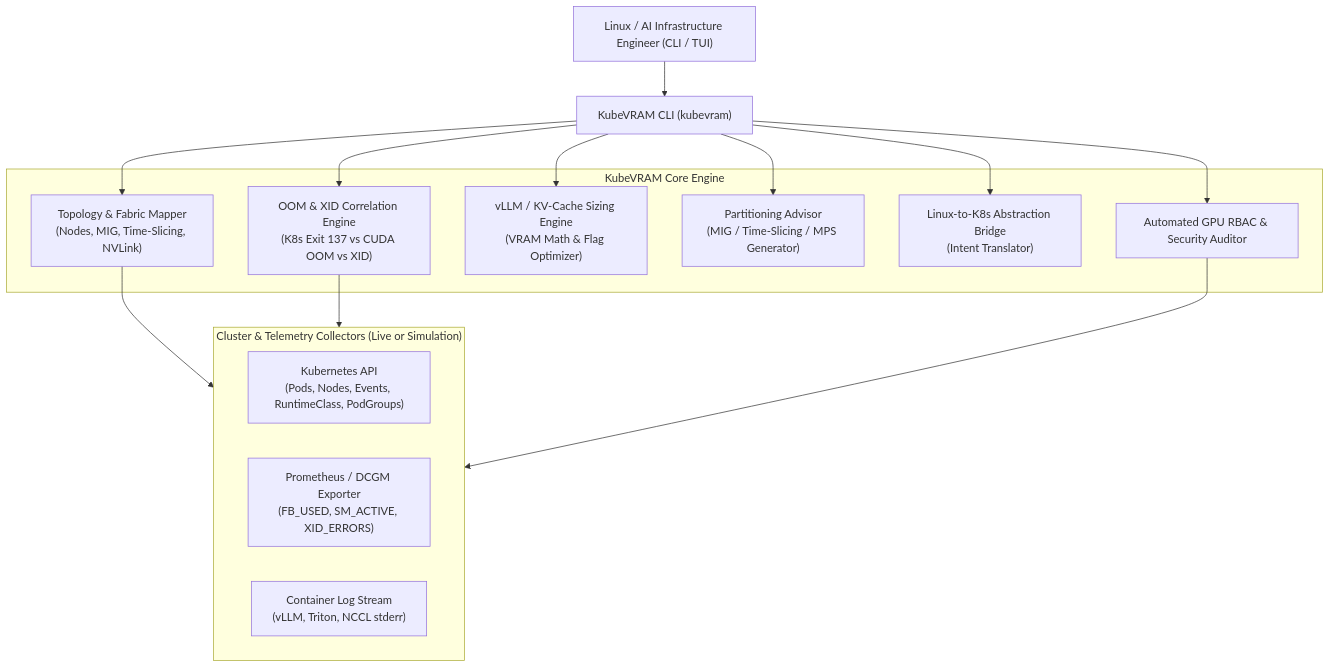
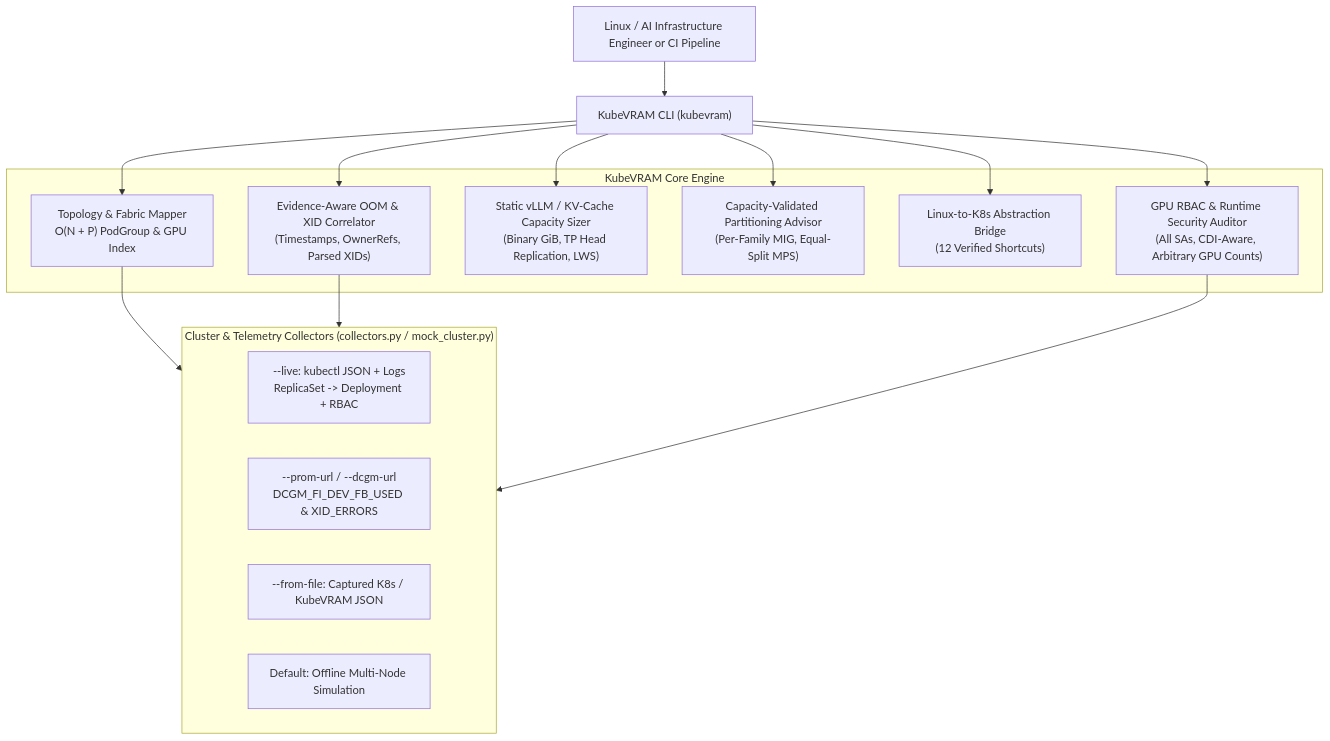
Before and after one commit to xsub/KubeVRAM: the diagram in docs/architecture.md, drawn with Mermaid. The commit also changed other lines of this file and 16 other files, not shown here.

First line of the commit message:
fix: harden sizing invariants, triage evidence, scaling, and live collectors

````diff
--- a/docs/architecture.md
+++ b/docs/architecture.md
@@ -26,30 +26,31 @@
 ```mermaid
 flowchart TB
-    User["Linux / AI Infrastructure Engineer (CLI / TUI)"] --> CLI["KubeVRAM CLI (kubevram)"]
+    User["Linux / AI Infrastructure Engineer or CI Pipeline"] --> CLI["KubeVRAM CLI (kubevram)"]
 
     subgraph Core["KubeVRAM Core Engine"]
-        Topo["Topology & Fabric Mapper\n(Nodes, MIG, Time-Slicing, NVLink)"]
-        Triage["OOM & XID Correlation Engine\n(K8s Exit 137 vs CUDA OOM vs XID)"]
-        Tuner["vLLM / KV-Cache Sizing Engine\n(VRAM Math & Flag Optimizer)"]
-        Part["Partitioning Advisor\n(MIG / Time-Slicing / MPS Generator)"]
-        Bridge["Linux-to-K8s Abstraction Bridge\n(Intent Translator)"]
-        RBAC["Automated GPU RBAC & Security Auditor"]
+        Topo["Topology & Fabric Mapper\nO(N + P) PodGroup & GPU Index"]
+        Triage["Evidence-Aware OOM & XID Correlator\n(Timestamps, OwnerRefs, Parsed XIDs)"]
+        Tuner["Static vLLM / KV-Cache Capacity Sizer\n(Binary GiB, TP Head Replication, LWS)"]
+        Part["Capacity-Validated Partitioning Advisor\n(Per-Family MIG, Equal-Split MPS)"]
+        Bridge["Linux-to-K8s Abstraction Bridge\n(12 Verified Shortcuts)"]
+        RBAC["GPU RBAC & Runtime Security Auditor\n(All SAs, CDI-Aware, Arbitrary GPU Counts)"]
     end
 
     CLI --> Topo
     CLI --> Triage
     CLI --> Tuner
     CLI --> Part
     CLI --> Bridge
     CLI --> RBAC
 
-    subgraph DataSources["Cluster & Telemetry Collectors (Live or Simulation)"]
-        K8sAPI["Kubernetes API\n(Pods, Nodes, Events, RuntimeClass, PodGroups)"]
-        DCGM["Prometheus / DCGM Exporter\n(FB_USED, SM_ACTIVE, XID_ERRORS)"]
-        Logs["Container Log Stream\n(vLLM, Triton, NCCL stderr)"]
+    subgraph DataSources["Cluster & Telemetry Collectors (collectors.py / mock_cluster.py)"]
+        Live["--live: kubectl JSON + Logs\nReplicaSet -> Deployment + RBAC"]
+        Prom["--prom-url / --dcgm-url\nDCGM_FI_DEV_FB_USED & XID_ERRORS"]
+        Snap["--from-file: Captured K8s / KubeVRAM JSON"]
+        Sim["Default: Offline Multi-Node Simulation"]
     end
 
     Topo --> DataSources
     Triage --> DataSources
     RBAC --> DataSources
 ```
````
